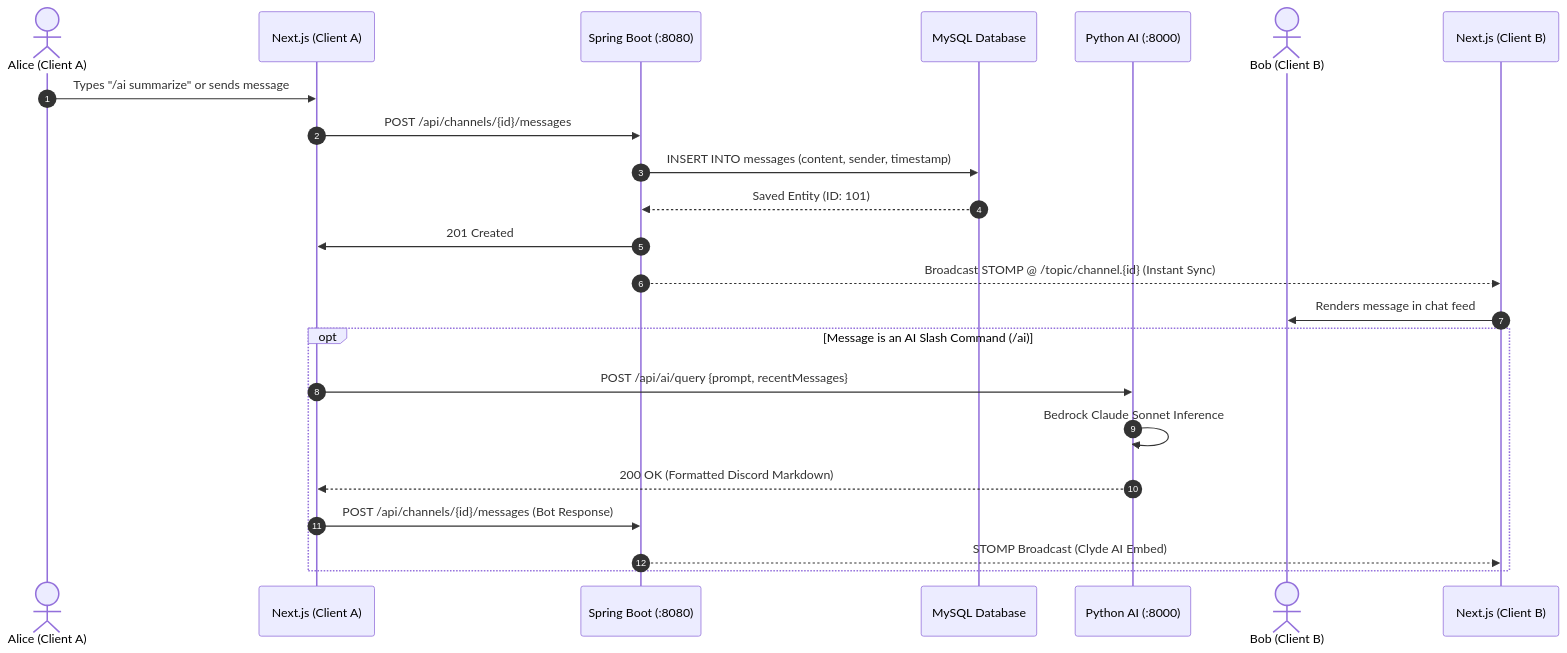
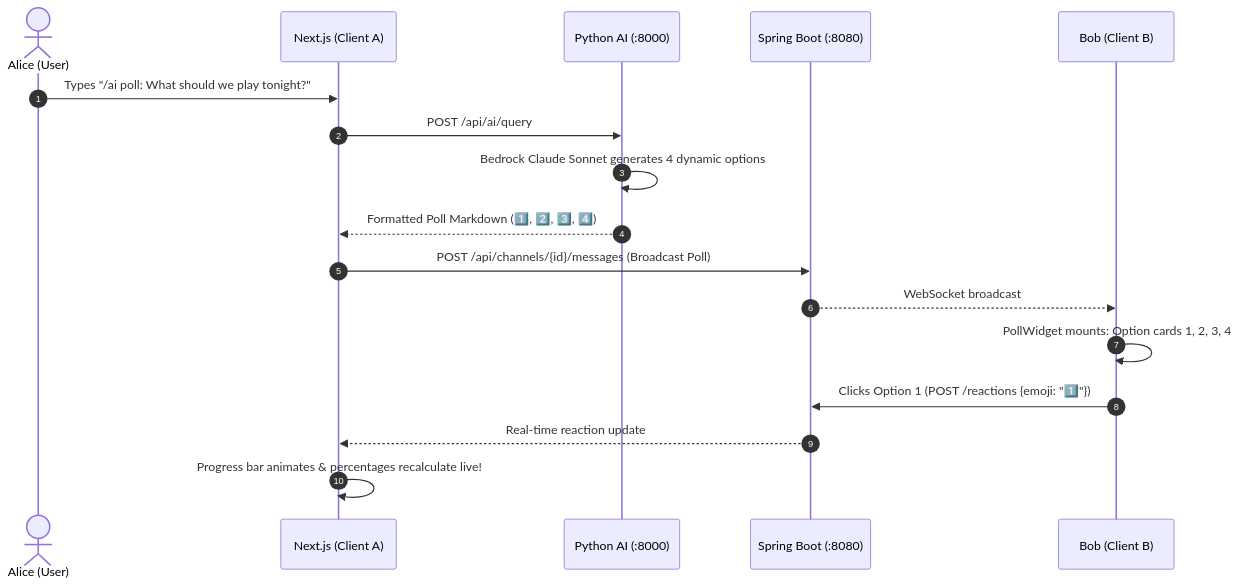
The second of 3 diagrams in README.md (Priyojit02/Discord_AI), drawn with Mermaid before and after one commit. The commit also changed other lines of this file and 4 other files, not shown here.

Commit message:
feat: add interactive 4-option Discord poll widget and update README documentation

````diff
--- a/README.md
+++ b/README.md
@@ -108,27 +125,20 @@
 ```mermaid
 sequenceDiagram
     autonumber
-    actor Alice as Alice (Client A)
+    actor Alice as Alice (User)
     participant ClientA as Next.js (Client A)
+    participant FastAPIAI as Python AI (:8000)
     participant SpringBoot as Spring Boot (:8080)
-    participant MySQL as MySQL Database
-    participant FastAPIAI as Python AI (:8000)
-    actor Bob as Bob (Client B)
-    participant ClientB as Next.js (Client B)
+    participant Bob as Bob (Client B)
 
-    Alice->>ClientA: Types "/ai summarize" or sends message
-    ClientA->>SpringBoot: POST /api/channels/{id}/messages
-    SpringBoot->>MySQL: INSERT INTO messages (content, sender, timestamp)
-    MySQL-->>SpringBoot: Saved Entity (ID: 101)
-    SpringBoot->>ClientA: 201 Created
-    SpringBoot-->>ClientB: Broadcast STOMP @ /topic/channel.{id} (Instant Sync)
-    ClientB->>Bob: Renders message in chat feed
-
-    opt Message is an AI Slash Command (/ai)
-        ClientA->>FastAPIAI: POST /api/ai/query {prompt, recentMessages}
-        FastAPIAI->>FastAPIAI: Bedrock Claude Sonnet Inference
-        FastAPIAI-->>ClientA: 200 OK (Formatted Discord Markdown)
-        ClientA->>SpringBoot: POST /api/channels/{id}/messages (Bot Response)
-        SpringBoot-->>ClientB: STOMP Broadcast (Clyde AI Embed)
-    end
+    Alice->>ClientA: Types "/ai poll: What should we play tonight?"
+    ClientA->>FastAPIAI: POST /api/ai/query
+    FastAPIAI->>FastAPIAI: Bedrock Claude Sonnet generates 4 dynamic options
+    FastAPIAI-->>ClientA: Formatted Poll Markdown (1️⃣, 2️⃣, 3️⃣, 4️⃣)
+    ClientA->>SpringBoot: POST /api/channels/{id}/messages (Broadcast Poll)
+    SpringBoot-->>Bob: WebSocket broadcast
+    Bob->>Bob: PollWidget mounts: Option cards 1, 2, 3, 4
+    Bob->>SpringBoot: Clicks Option 1 (POST /reactions {emoji: "1️⃣"})
+    SpringBoot-->>ClientA: Real-time reaction update
+    ClientA->>ClientA: Progress bar animates & percentages recalculate live!
 ```
````
